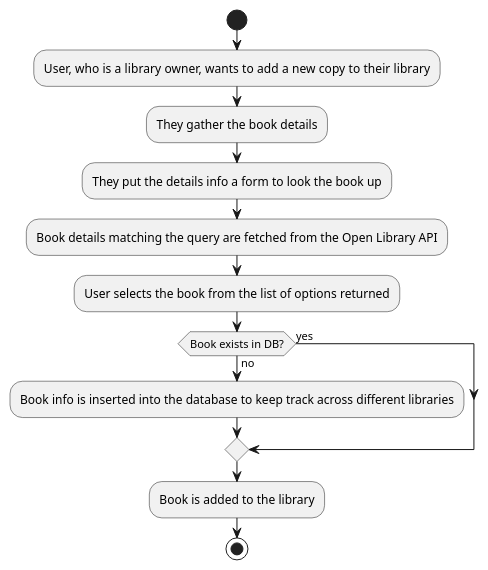
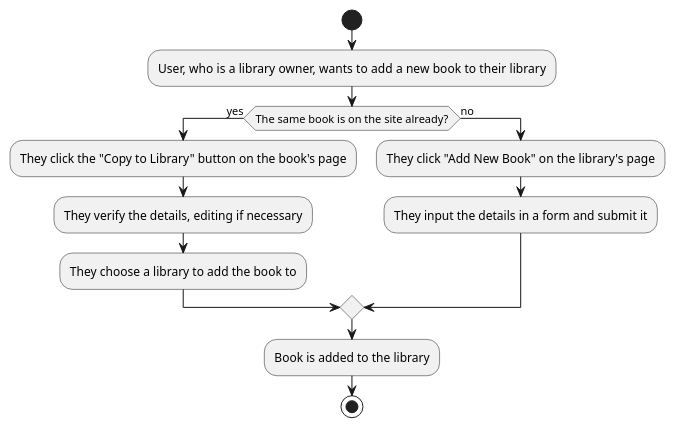
One commit to coyotiv-sose/graduation-project-mai-soup changed the diagram in architecture/adding-a-book.puml. Above: the diagram before and after it, drawn with PlantUML.

Commit message:
update uml for adding a book to reflect external api removal and planned copying functionality

```diff
--- a/architecture/adding-a-book.puml
+++ b/architecture/adding-a-book.puml
@@ -1,14 +1,14 @@
 @startuml Adding a book
 start
-:User, who is a library owner, wants to add a new copy to their library;
-:They gather the book details;
-:They put the details info a form to look the book up;
-:Book details matching the query are fetched from the Open Library API;
-:User selects the book from the list of options returned;
-if (Book exists in DB?) then (yes)
+:User, who is a library owner, wants to add a new book to their library;
+if (The same book is on the site already?) then (yes)
+:They click the "Copy to Library" button on the book's page;
+:They verify the details, editing if necessary;
+:They choose a library to add the book to;
 else (no)
-  :Book info is inserted into the database to keep track across different libraries;
+:They click "Add New Book" on the library's page;
+:They input the details in a form and submit it;
 endif
 :Book is added to the library;
 stop
 @enduml
```
